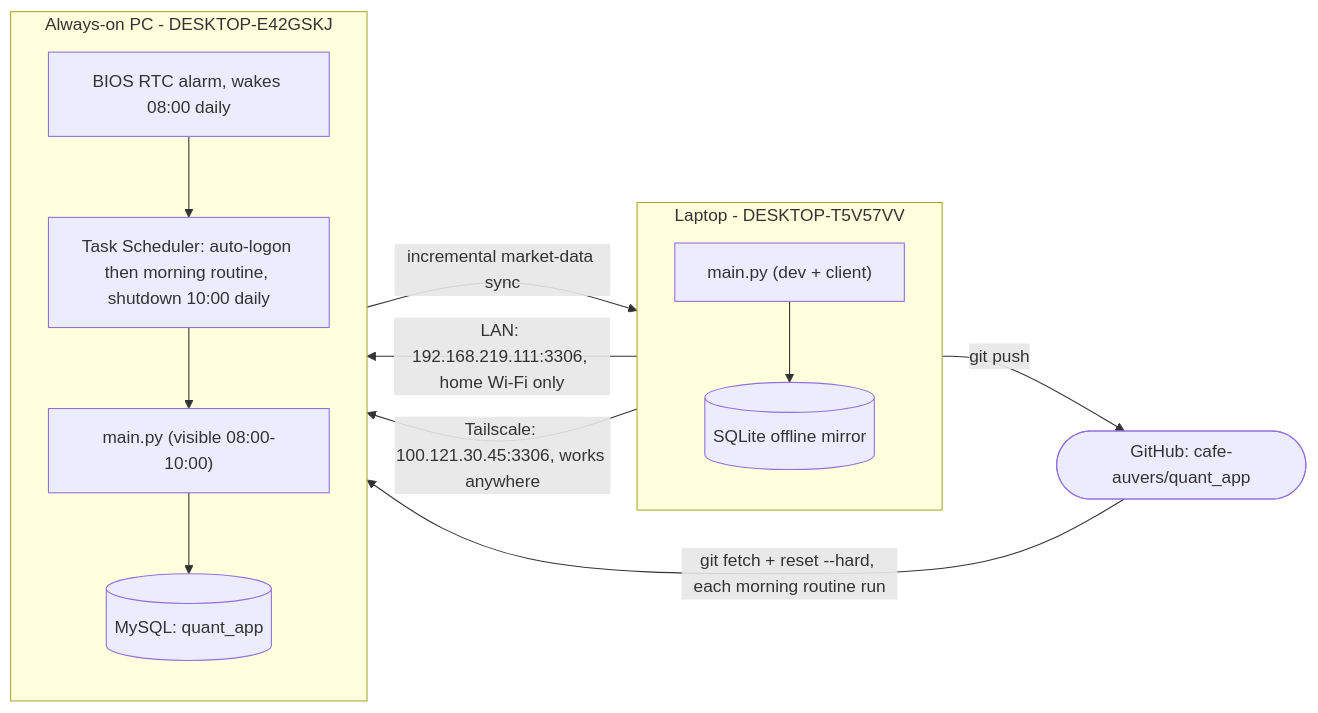
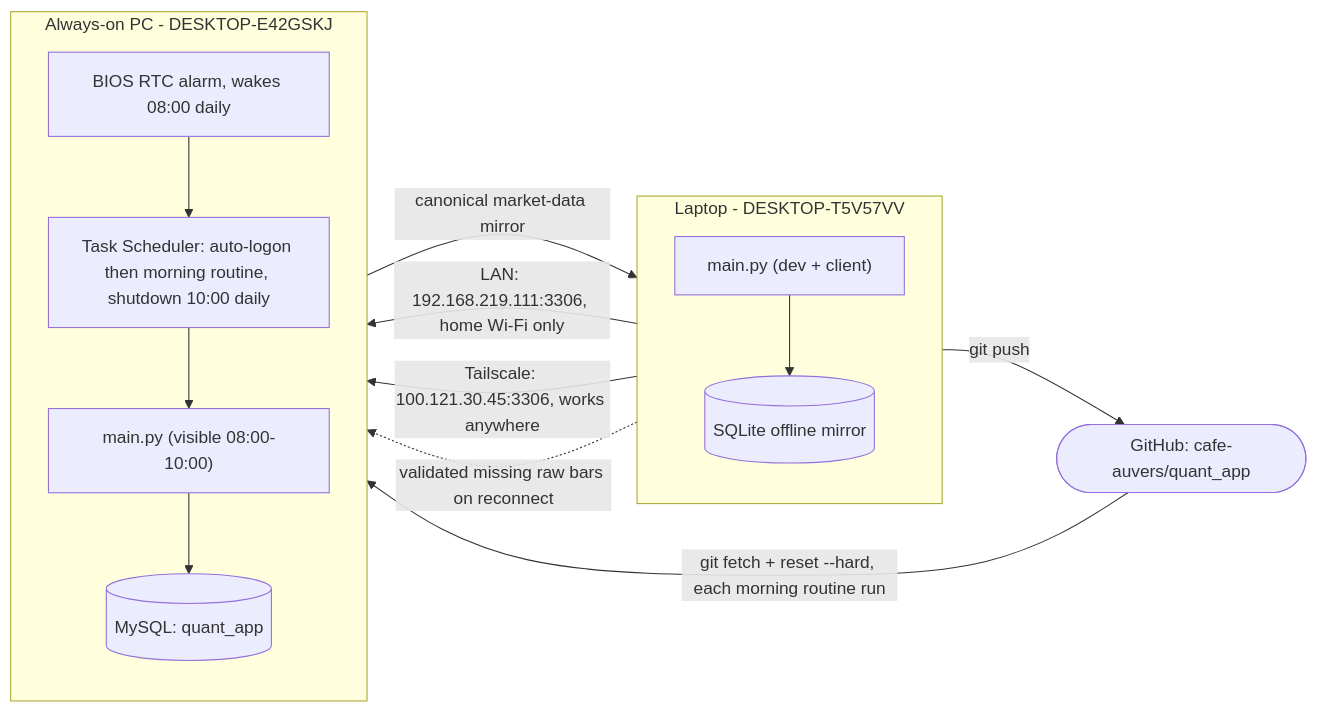
One commit to cafe-auvers/quant_app changed the diagram in docs/pc_sync_data_pipeline.md. Above: the diagram before and after it, drawn with Mermaid. The commit also changed other lines of this file and 6 other files, not shown here.

Commit message:
db data sync logic cleared

````diff
--- a/docs/pc_sync_data_pipeline.md
+++ b/docs/pc_sync_data_pipeline.md
@@ -29,26 +33,27 @@
 ```mermaid
 flowchart LR
   repo(["GitHub: cafe-auvers/quant_app"])
 
   subgraph LAP["Laptop - DESKTOP-T5V57VV"]
     direction TB
     mainL["main.py (dev + client)"]
     mirror[("SQLite offline mirror")]
     mainL --> mirror
   end
 
   subgraph PCBOX["Always-on PC - DESKTOP-E42GSKJ"]
     direction TB
     bios["BIOS RTC alarm, wakes 08:00 daily"]
     sched["Task Scheduler: auto-logon then morning routine, shutdown 10:00 daily"]
     mainP["main.py (visible 08:00-10:00)"]
     db[("MySQL: quant_app")]
     bios --> sched --> mainP --> db
   end
 
   mainL -- "git push" --> repo
   repo -- "git fetch + reset --hard, each morning routine run" --> sched
   mainL -- "LAN: 192.168.219.111:3306, home Wi-Fi only" --> db
   mainL -- "Tailscale: 100.121.30.45:3306, works anywhere" --> db
-  db -- "incremental market-data sync" --> mirror
+  db -- "canonical market-data mirror" --> mirror
+  mirror -. "validated missing raw bars on reconnect" .-> db
 ```
````
